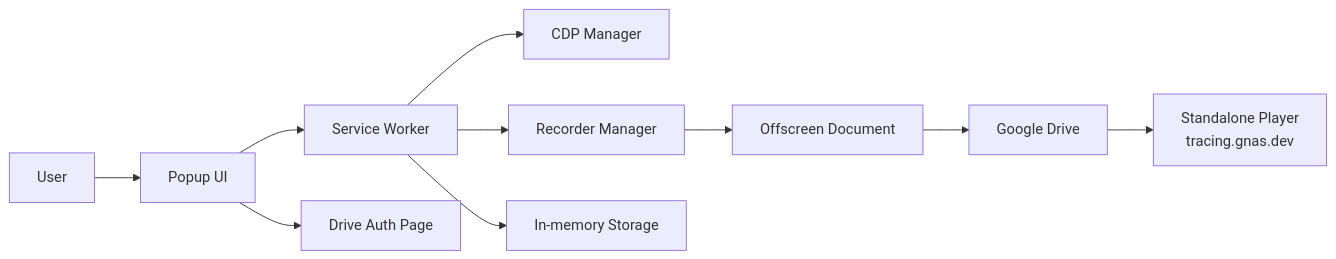
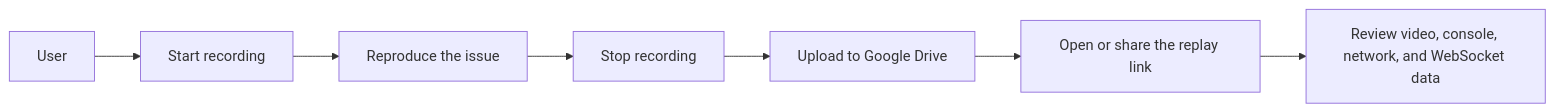
Before and after one commit to gnasdev/gn-tracing: the diagram in README.md, drawn with Mermaid. The commit also changed other lines of this file and 4 other files, not shown here.

````diff
--- a/README.md
+++ b/README.md
@@ -18,12 +96,9 @@
 ```mermaid
 flowchart LR
-  User["User"] --> Popup["Popup UI"]
-  Popup --> SW["Service Worker"]
-  SW --> CDP["CDP Manager"]
-  SW --> Recorder["Recorder Manager"]
-  SW --> Storage["In-memory Storage"]
-  Recorder --> Offscreen["Offscreen Document"]
-  Popup --> Auth["Drive Auth Page"]
-  Offscreen --> Drive["Google Drive"]
-  Drive --> Player["Standalone Player<br/>tracing.gnas.dev"]
+  User["User"] --> Record["Start recording"]
+  Record --> Reproduce["Reproduce the issue"]
+  Reproduce --> Stop["Stop recording"]
+  Stop --> Upload["Upload to Google Drive"]
+  Upload --> Replay["Open or share the replay link"]
+  Replay --> Inspect["Review video, console, network, and WebSocket data"]
 ```
````
